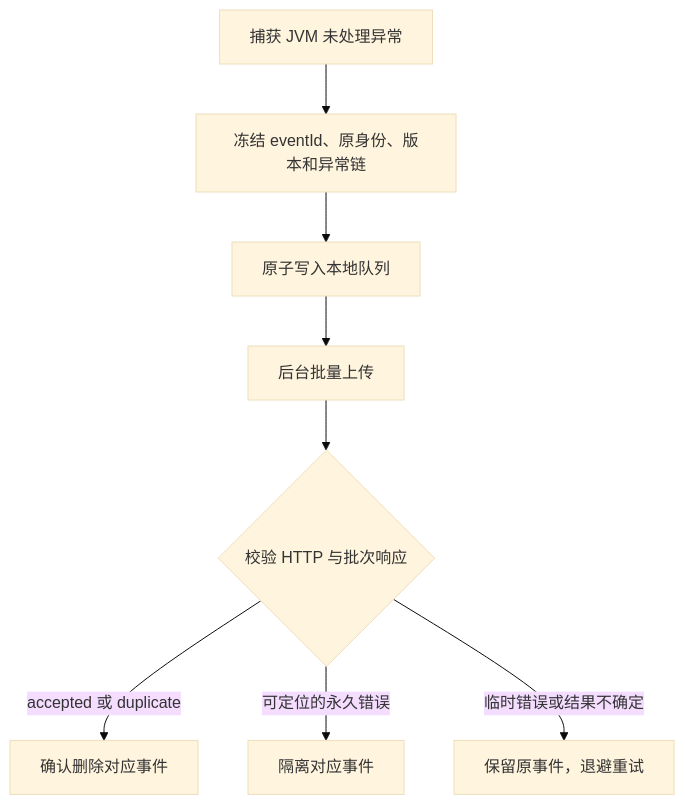
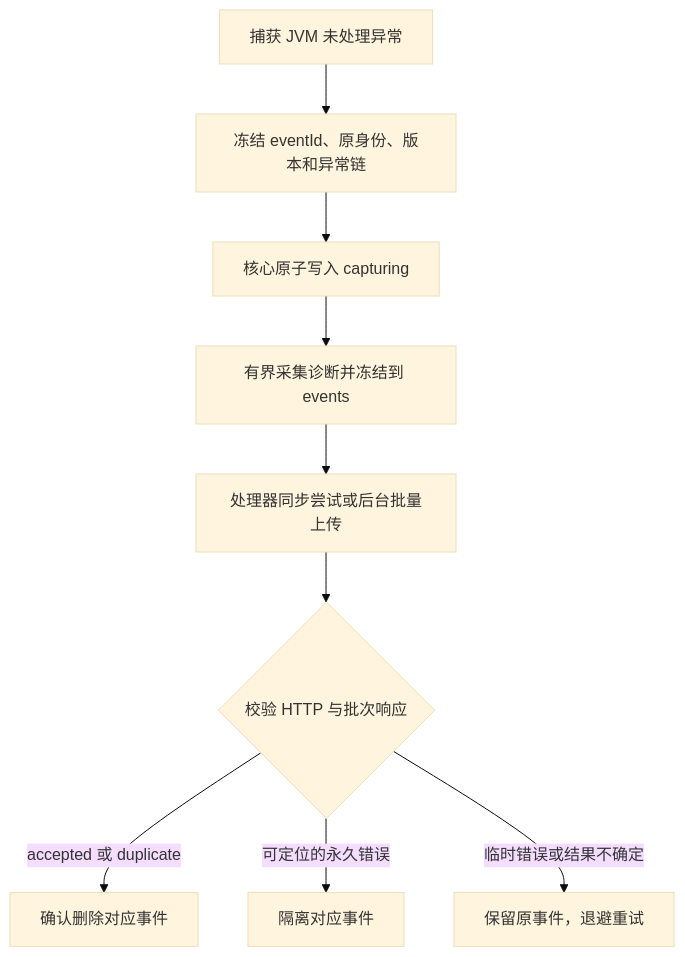
The diagram in docs/client-integration/crash-client-integration.md (mashanshui/apm-server), drawn with Mermaid (base theme) before and after one commit. The commit also changed other lines of this file and 157 other files, not shown here.

````diff
--- a/docs/client-integration/crash-client-integration.md
+++ b/docs/client-integration/crash-client-integration.md
@@ -13,10 +13,11 @@
 ```mermaid
 flowchart TD
     A["捕获 JVM 未处理异常"] --> B["冻结 eventId、原身份、版本和异常链"]
-    B --> C["原子写入本地队列"]
-    C --> D["后台批量上传"]
+    B --> C["核心原子写入 capturing"]
+    C --> I["有界采集诊断并冻结到 events"]
+    I --> D["处理器同步尝试或后台批量上传"]
     D --> E{"校验 HTTP 与批次响应"}
     E -->|"accepted 或 duplicate"| F["确认删除对应事件"]
     E -->|"可定位的永久错误"| G["隔离对应事件"]
     E -->|"临时错误或结果不确定"| H["保留原事件，退避重试"]
 ```
````
